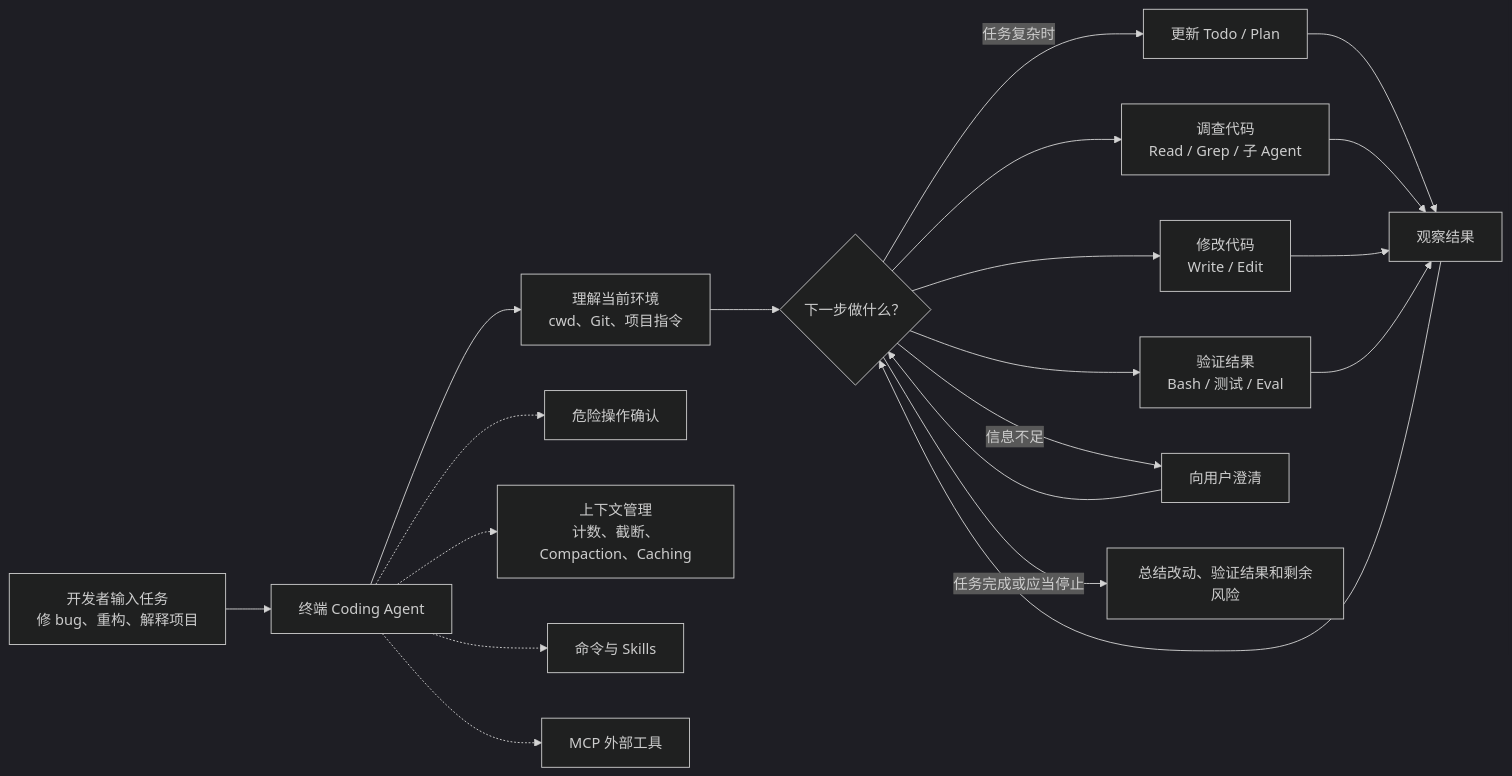
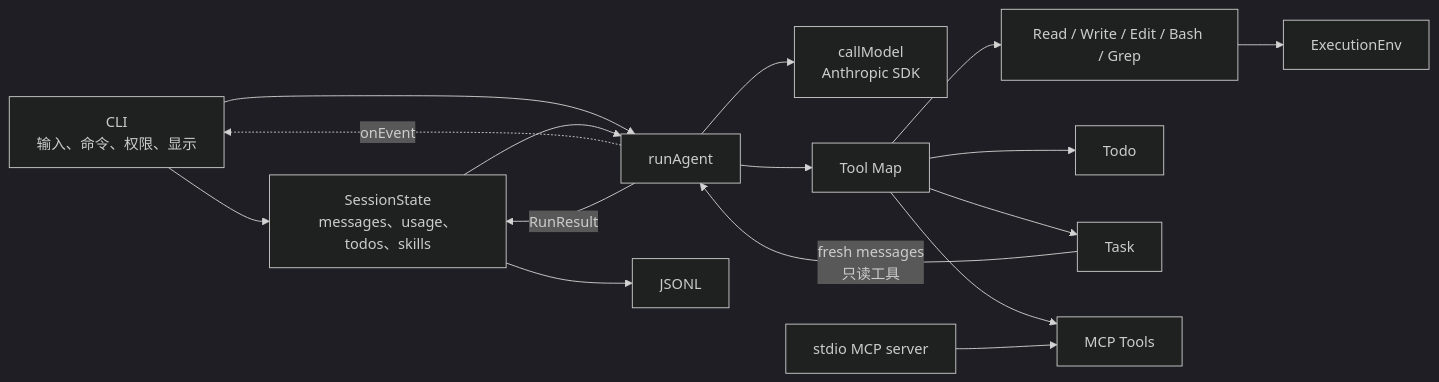
One commit to haoofun/build-your-own-ai-agent changed the fourth of 5 diagrams in AGENT-ARCHITECTURE.md. Above: the diagram before and after it, drawn with Mermaid (dark theme). The commit also changed other lines of this file, not shown here.

Commit message:
Simplify final agent architecture

````diff
--- a/AGENT-ARCHITECTURE.md
+++ b/AGENT-ARCHITECTURE.md
@@ -23,26 +97,21 @@
 ```mermaid
 flowchart LR
-    User["开发者输入任务<br/>修 bug、重构、解释项目"] --> CLI["终端 Coding Agent"]
-    CLI --> Orient["理解当前环境<br/>cwd、Git、项目指令"]
-    Orient --> Decide{"下一步做什么？"}
+    CLI["CLI<br/>输入、命令、权限、显示"] --> State["SessionState<br/>messages、usage、todos、skills"]
+    CLI --> Loop["runAgent"]
+    State --> Loop
+    Loop --> Model["callModel<br/>Anthropic SDK"]
+    Loop --> Tools["Tool Map"]
 
-    Decide -->|"任务复杂时"| Plan["更新 Todo / Plan"]
-    Decide --> Explore["调查代码<br/>Read / Grep / 子 Agent"]
-    Decide --> Change["修改代码<br/>Write / Edit"]
-    Decide --> Verify["验证结果<br/>Bash / 测试 / Eval"]
+    Tools --> Local["Read / Write / Edit / Bash / Grep"]
+    Tools --> Todo["Todo"]
+    Tools --> Task["Task"]
+    Tools --> MCP["MCP Tools"]
 
-    Plan --> Observe["观察结果"]
-    Explore --> Observe
-    Change --> Observe
-    Verify --> Observe
-    Observe --> Decide
+    Local --> Env["ExecutionEnv"]
+    Task -->|"fresh messages<br/>只读工具"| Loop
+    MCPServer["stdio MCP server"] --> MCP
 
-    Decide -->|"信息不足"| Clarify["向用户澄清"]
-    Clarify --> Decide
-    Decide -->|"任务完成或应当停止"| Report["总结改动、验证结果和剩余风险"]
-
-    CLI -.-> Permission["危险操作确认"]
-    CLI -.-> Context["上下文管理<br/>计数、截断、Compaction、Caching"]
-    CLI -.-> Skills["命令与 Skills"]
-    CLI -.-> MCP["MCP 外部工具"]
+    Loop -.->|"onEvent"| CLI
+    Loop -->|"RunResult"| State
+    State --> JSONL["JSONL"]
 ```
````
